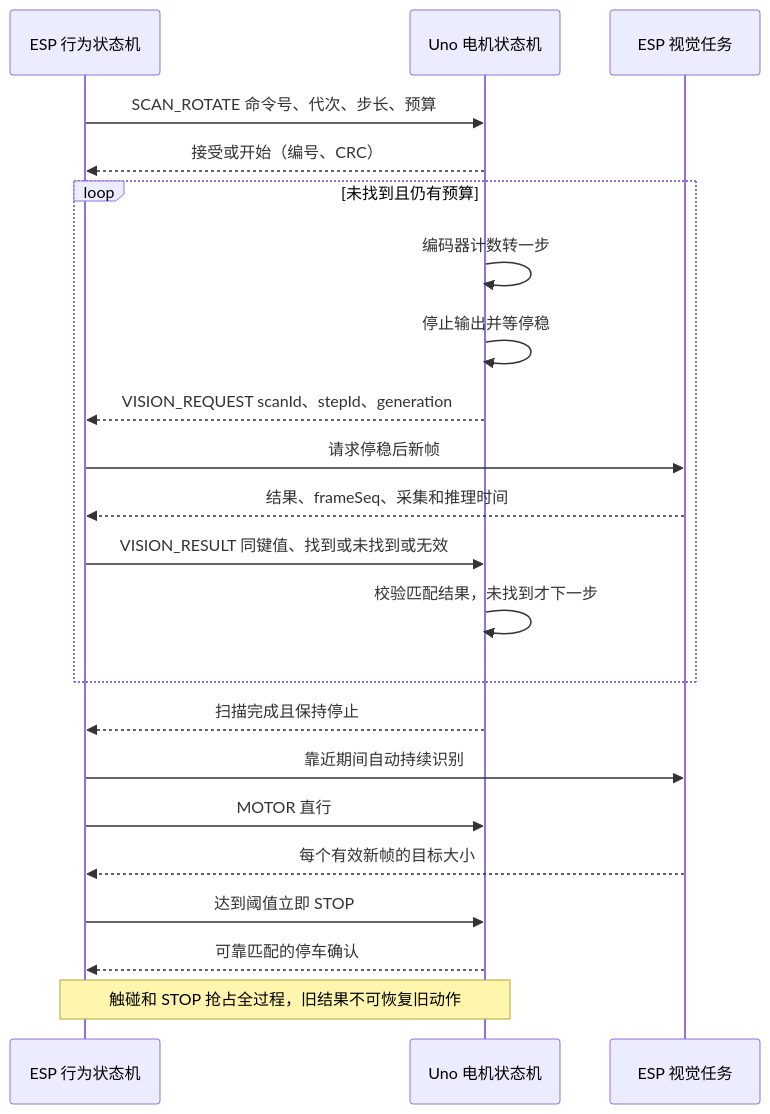
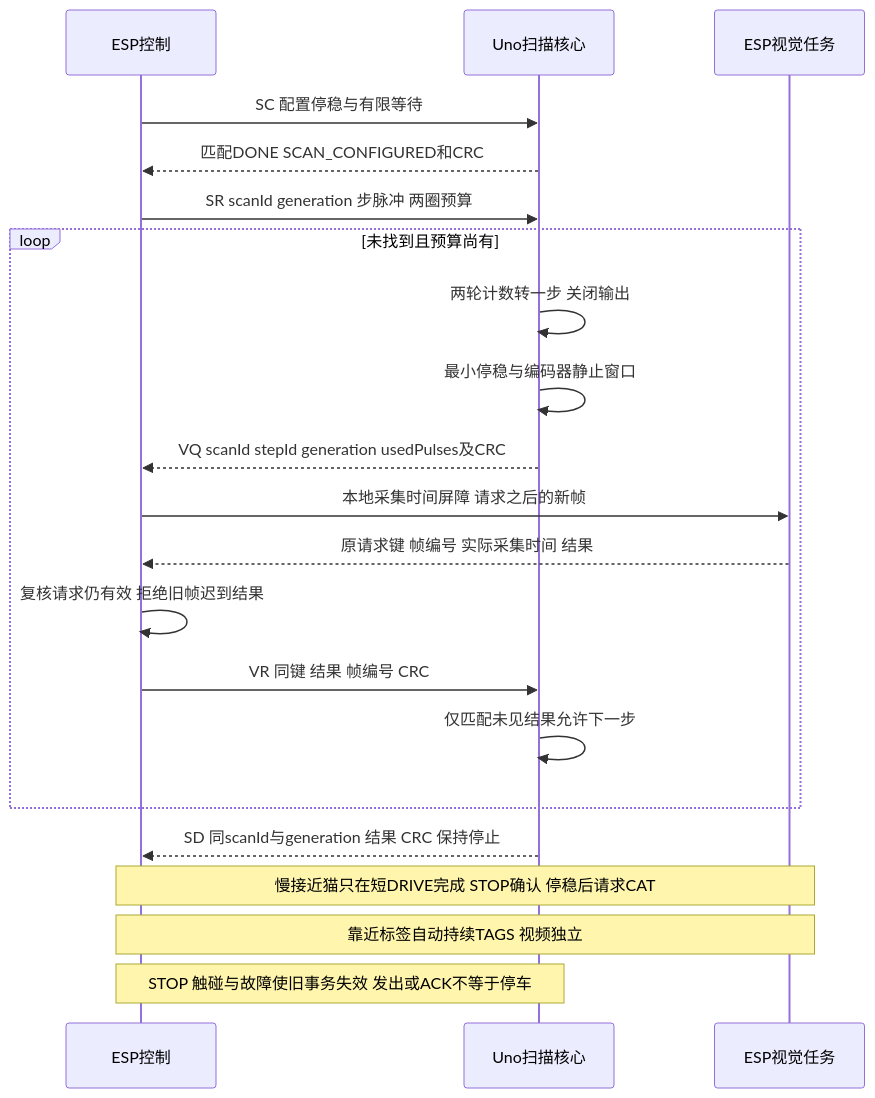
The third of 4 diagrams in 机器人状态机与测试清单.md (SaitoTommo/CatTeasingRobot), drawn with Mermaid before and after one commit. The commit also changed other lines of this file and 14 other files, not shown here.

````diff
--- a/机器人状态机与测试清单.md
+++ b/机器人状态机与测试清单.md
@@ -276,24 +259,23 @@
 ```mermaid
 sequenceDiagram
-  participant P as ESP 行为状态机
-  participant U as Uno 电机状态机
-  participant V as ESP 视觉任务
-  P->>U: SCAN_ROTATE 命令号、代次、步长、预算
-  U-->>P: 接受或开始（编号、CRC）
-  loop 未找到且仍有预算
-    U->>U: 编码器计数转一步
-    U->>U: 停止输出并等停稳
-    U-->>P: VISION_REQUEST scanId、stepId、generation
-    P->>V: 请求停稳后新帧
-    V-->>P: 结果、frameSeq、采集和推理时间
-    P->>U: VISION_RESULT 同键值、找到或未找到或无效
-    U->>U: 校验匹配结果，未找到才下一步
+  participant P as ESP控制
+  participant U as Uno扫描核心
+  participant V as ESP视觉任务
+  P->>U: SC 配置停稳与有限等待
+  U-->>P: 匹配DONE SCAN_CONFIGURED和CRC
+  P->>U: SR scanId generation 步脉冲 两圈预算
+  loop 未找到且预算尚有
+    U->>U: 两轮计数转一步 关闭输出
+    U->>U: 最小停稳与编码器静止窗口
+    U-->>P: VQ scanId stepId generation usedPulses及CRC
+    P->>V: 本地采集时间屏障 请求之后的新帧
+    V-->>P: 原请求键 帧编号 实际采集时间 结果
+    P->>P: 复核请求仍有效 拒绝旧帧迟到结果
+    P->>U: VR 同键 结果 帧编号 CRC
+    U->>U: 仅匹配未见结果允许下一步
   end
-  U-->>P: 扫描完成且保持停止
-  P->>V: 靠近期间自动持续识别
-  P->>U: MOTOR 直行
-  V-->>P: 每个有效新帧的目标大小
-  P->>U: 达到阈值立即 STOP
-  U-->>P: 可靠匹配的停车确认
-  Note over P,U: 触碰和 STOP 抢占全过程，旧结果不可恢复旧动作
+  U-->>P: SD 同scanId与generation 结果 CRC 保持停止
+  Note over P,V: 慢接近猫只在短DRIVE完成 STOP确认 停稳后请求CAT
+  Note over P,V: 靠近标签自动持续TAGS 视频独立
+  Note over P,U: STOP 触碰与故障使旧事务失效 发出或ACK不等于停车
 ```
````
